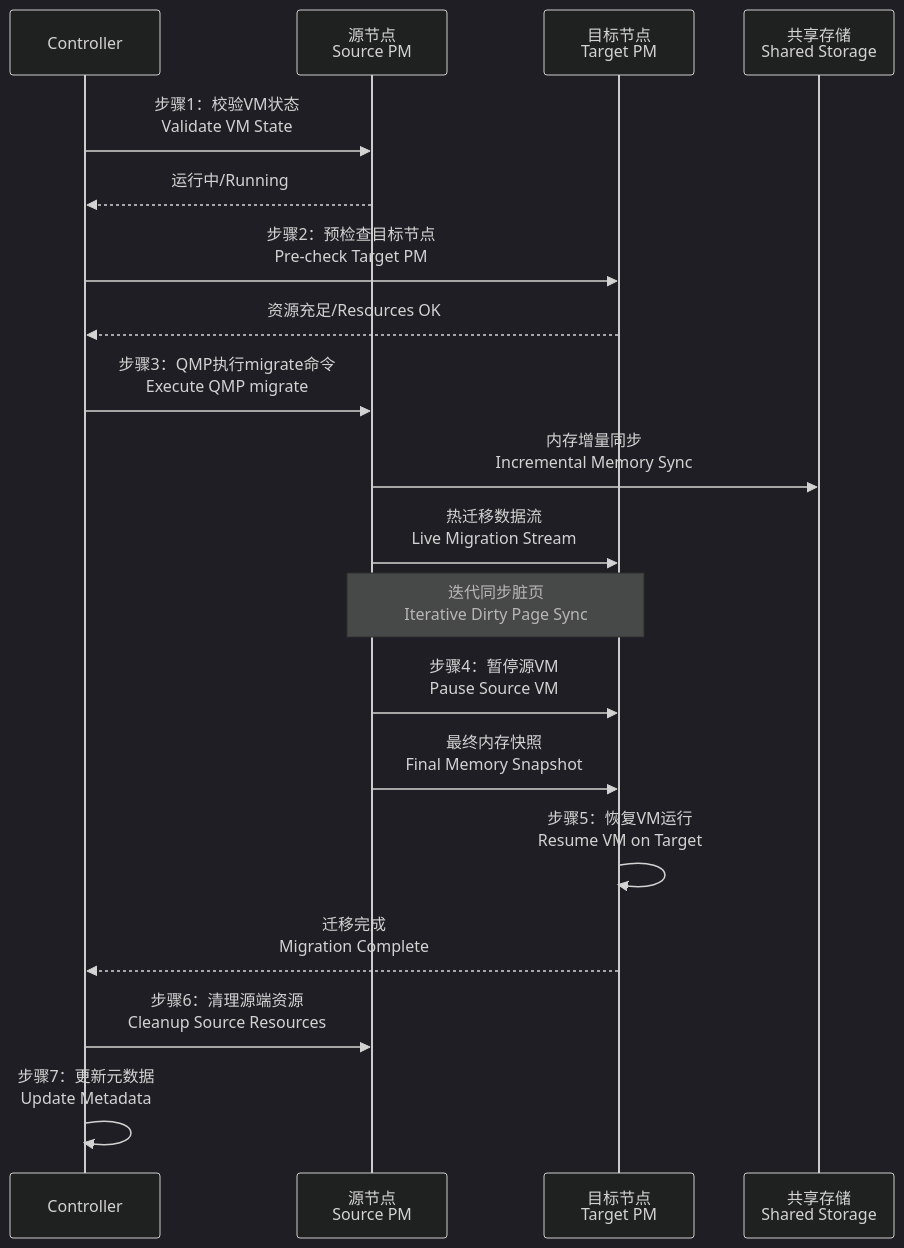
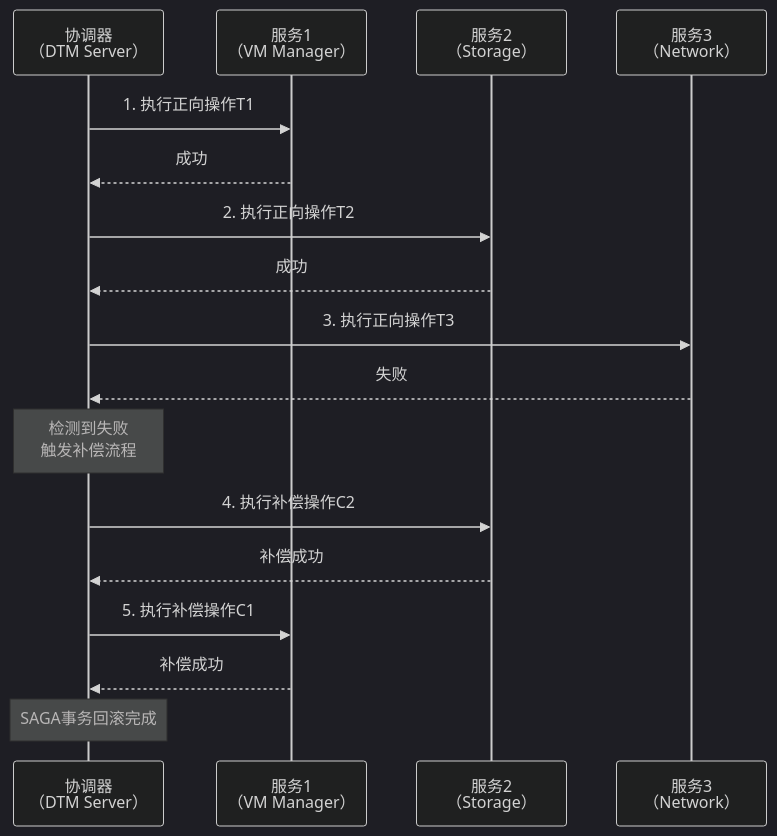
Before and after one commit to turtacn/go-proxmox: the first of 9 diagrams in docs/vm/vm-saga.md, drawn with Mermaid (dark theme). The commit also changed other lines of this file and 1 other file, not shown here.

````diff
--- a/docs/vm/vm-saga.md
+++ b/docs/vm/vm-saga.md
@@ -521,28 +21,23 @@
 ```mermaid
 sequenceDiagram
-    participant C as Controller
-    participant S as 源节点<br/>Source PM
-    participant T as 目标节点<br/>Target PM
-    participant Store as 共享存储<br/>Shared Storage
+    participant C as 协调器<br/>（DTM Server）
+    participant S1 as 服务1<br/>（VM Manager）
+    participant S2 as 服务2<br/>（Storage）
+    participant S3 as 服务3<br/>（Network）
     
-    C->>S: 步骤1：校验VM状态<br/>Validate VM State
-    S-->>C: 运行中/Running
+    C->>S1: 1. 执行正向操作T1
+    S1-->>C: 成功
+    C->>S2: 2. 执行正向操作T2
+    S2-->>C: 成功
+    C->>S3: 3. 执行正向操作T3
+    S3-->>C: 失败
     
-    C->>T: 步骤2：预检查目标节点<br/>Pre-check Target PM
-    T-->>C: 资源充足/Resources OK
+    Note over C: 检测到失败<br/>触发补偿流程
     
-    C->>S: 步骤3：QMP执行migrate命令<br/>Execute QMP migrate
-    S->>Store: 内存增量同步<br/>Incremental Memory Sync
-    S->>T: 热迁移数据流<br/>Live Migration Stream
+    C->>S2: 4. 执行补偿操作C2
+    S2-->>C: 补偿成功
+    C->>S1: 5. 执行补偿操作C1
+    S1-->>C: 补偿成功
     
-    Note over S,T: 迭代同步脏页<br/>Iterative Dirty Page Sync
-    
-    S->>T: 步骤4：暂停源VM<br/>Pause Source VM
-    S->>T: 最终内存快照<br/>Final Memory Snapshot
-    T->>T: 步骤5：恢复VM运行<br/>Resume VM on Target
-    
-    T-->>C: 迁移完成<br/>Migration Complete
-    
-    C->>S: 步骤6：清理源端资源<br/>Cleanup Source Resources
-    C->>C: 步骤7：更新元数据<br/>Update Metadata
+    Note over C: SAGA事务回滚完成
 ```
````
